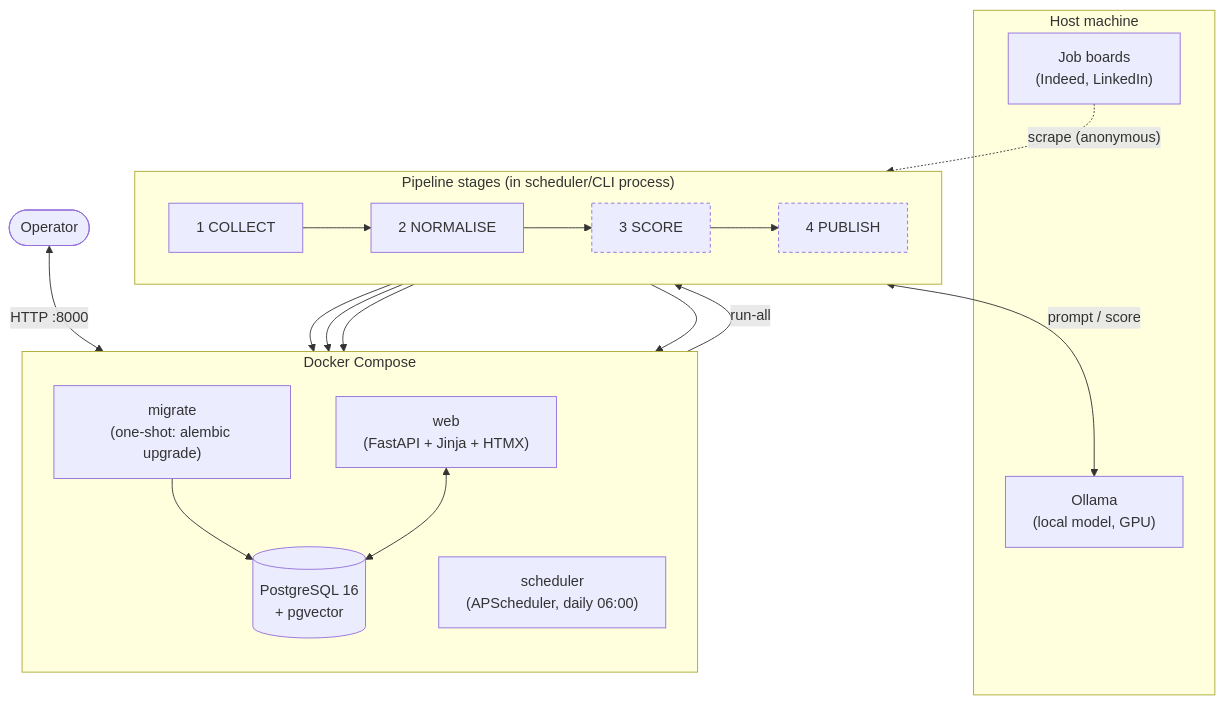
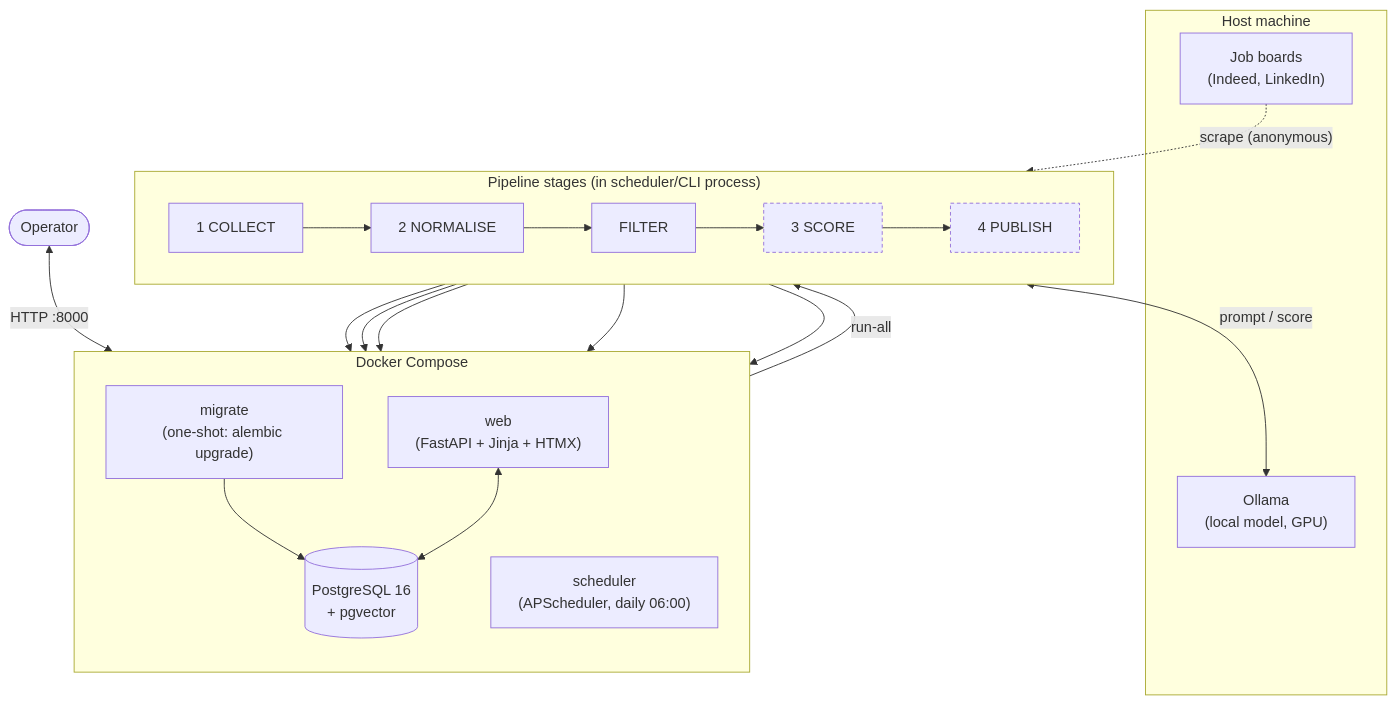
One commit to MoKenawy/Automatic-Job-search changed the first of 2 diagrams in Docs/design/system-architecture.md. Above: the diagram before and after it, drawn with Mermaid. The commit also changed other lines of this file and 4 other files, not shown here.

First line of the commit message:
docs: document the filter stage in the README and architecture

````diff
--- a/Docs/design/system-architecture.md
+++ b/Docs/design/system-architecture.md
@@ -32,37 +33,38 @@
 ```mermaid
 flowchart TB
     subgraph host["Host machine"]
         ollama["Ollama<br/>(local model, GPU)"]
         boards["Job boards<br/>(Indeed, LinkedIn)"]
     end
 
     subgraph compose["Docker Compose"]
         direction TB
         migrate["migrate<br/>(one-shot: alembic upgrade)"]
         scheduler["scheduler<br/>(APScheduler, daily 06:00)"]
         web["web<br/>(FastAPI + Jinja + HTMX)"]
         db[("PostgreSQL 16<br/>+ pgvector")]
     end
 
     operator(["Operator"])
 
     scheduler -->|"run-all"| pipeline
     subgraph pipeline["Pipeline stages (in scheduler/CLI process)"]
         direction LR
-        s1["1 COLLECT"] --> s2["2 NORMALISE"] --> s3["3 SCORE"] --> s4["4 PUBLISH"]
+        s1["1 COLLECT"] --> s2["2 NORMALISE"] --> sf["FILTER"] --> s3["3 SCORE"] --> s4["4 PUBLISH"]
     end
 
     boards -. "scrape (anonymous)" .-> s1
     s1 --> db
     s2 --> db
+    sf --> db
     s3 <-->|"prompt / score"| ollama
     s3 --> db
     s4 --> db
 
     migrate --> db
     web <--> db
     operator <-->|"HTTP :8000"| web
 
     classDef planned stroke-dasharray: 4 3;
     class s3,s4 planned;
 ```
````
